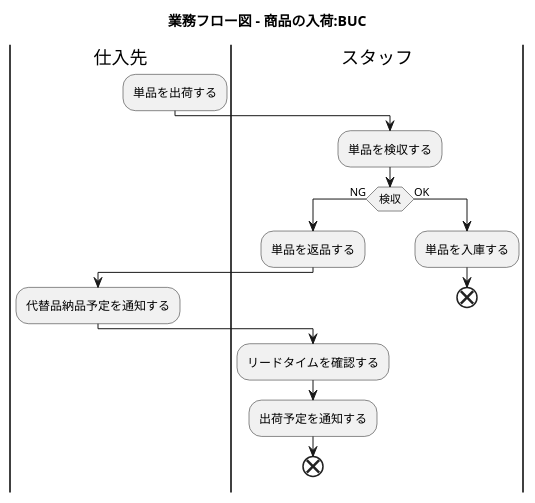
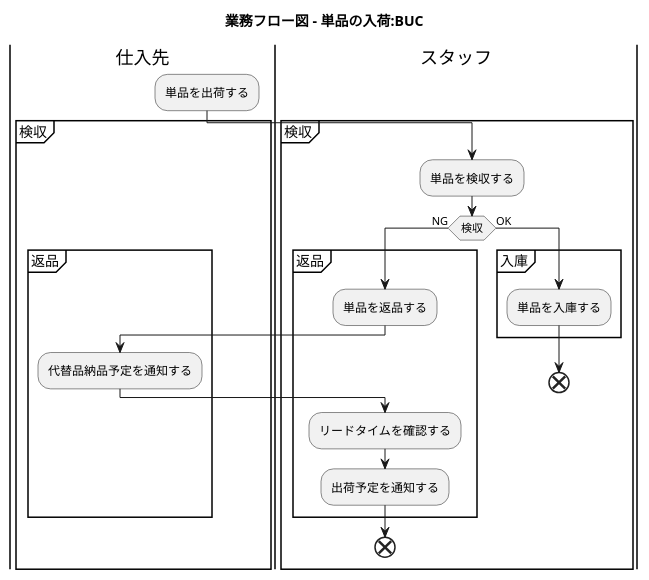
Diagram 13 of 38 in docs/index.adoc (k2works/application_programing_excercise_2022), drawn with PlantUML before and after one commit. The commit also changed other lines of this file, not shown here.

Commit message:
docs: ユースケース複合図

```diff
--- a/docs/index.adoc
+++ b/docs/index.adoc
@@ -465,25 +484,31 @@
 [plantuml]
 ----
 @startuml
 
-title 業務フロー図 - 商品の入荷:BUC
+title 業務フロー図 - 単品の入荷:BUC
 |仕入先|
 :単品を出荷する;
 |スタッフ|
-:単品を検収する;
-if (検収) then (NG)
- :単品を返品する;
- |仕入先|
- :代替品納品予定を通知する;
- |スタッフ|
- :リードタイムを確認する;
- :出荷予定を通知する;
- end
-else (OK)
- |スタッフ|
- :単品を入庫する;
- end
-endif
+partition 検収 {
+    :単品を検収する;
+    if (検収) then (NG)
+     partition 返品 {
+         :単品を返品する;
+         |仕入先|
+         :代替品納品予定を通知する;
+         |スタッフ|
+         :リードタイムを確認する;
+         :出荷予定を通知する;
+     }
+     end
+    else (OK)
+     |スタッフ|
+     partition 入庫 {
+     :単品を入庫する;
+     }
+     end
+    endif
+}
 
 @enduml
 ----
```
